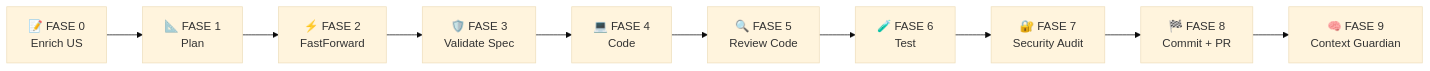
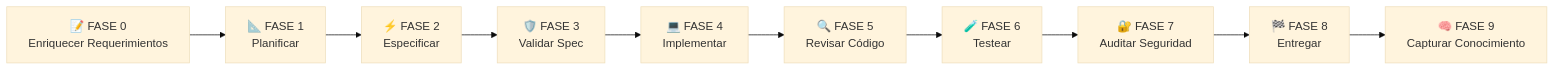
One commit to Aquilesnake/COALA-SwarmOps changed the fourth of 6 diagrams in README_ES.md. Above: the diagram before and after it, drawn with Mermaid (base theme). The commit also changed other lines of this file and 6 other files, not shown here.

````diff
--- a/README_ES.md
+++ b/README_ES.md
@@ -221,12 +221,12 @@
 ```mermaid
 flowchart LR
-    A["📝 FASE 0<br/>Enrich US"] --> B["📐 FASE 1<br/>Plan"]
-    B --> C["⚡ FASE 2<br/>FastForward"]
-    C --> D["🛡️ FASE 3<br/>Validate Spec"]
-    D --> E["💻 FASE 4<br/>Code"]
-    E --> F["🔍 FASE 5<br/>Review Code"]
-    F --> G["🧪 FASE 6<br/>Test"]
-    G --> H["🔐 FASE 7<br/>Security Audit"]
-    H --> I["🏁 FASE 8<br/>Commit + PR"]
-    I --> J["🧠 FASE 9<br/>Context Guardian"]
+    A["📝 FASE 0<br/>Enriquecer Requerimientos"] --> B["📐 FASE 1<br/>Planificar"]
+    B --> C["⚡ FASE 2<br/>Especificar"]
+    C --> D["🛡️ FASE 3<br/>Validar Spec"]
+    D --> E["💻 FASE 4<br/>Implementar"]
+    E --> F["🔍 FASE 5<br/>Revisar Código"]
+    F --> G["🧪 FASE 6<br/>Testear"]
+    G --> H["🔐 FASE 7<br/>Auditar Seguridad"]
+    H --> I["🏁 FASE 8<br/>Entregar"]
+    I --> J["🧠 FASE 9<br/>Capturar Conocimiento"]
 ```
````
